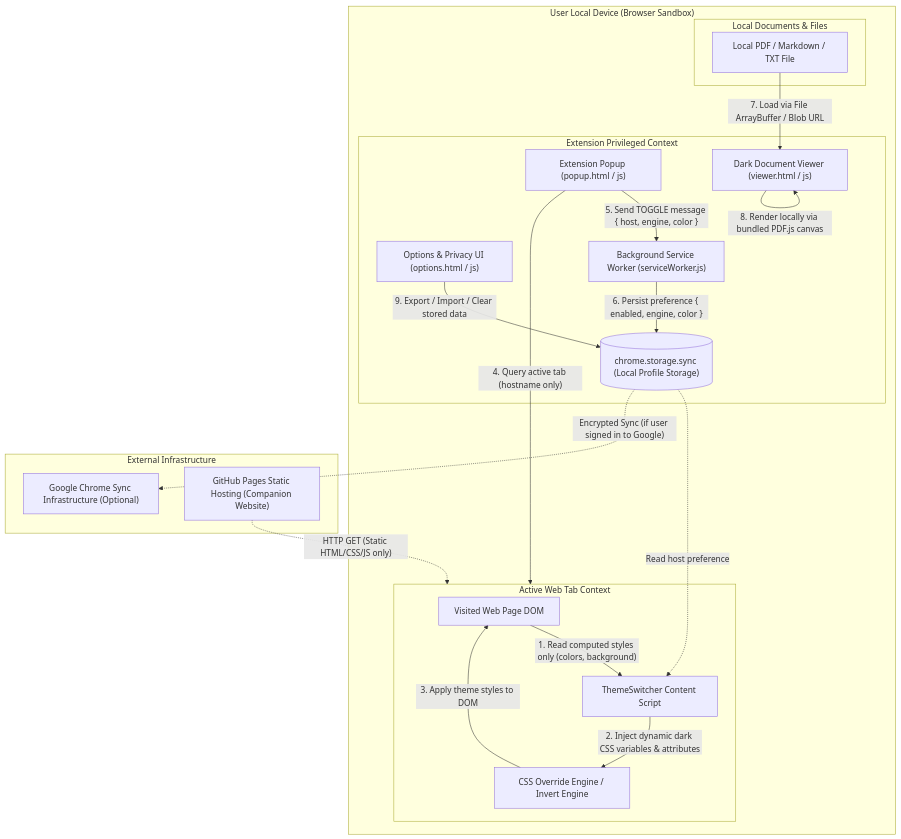
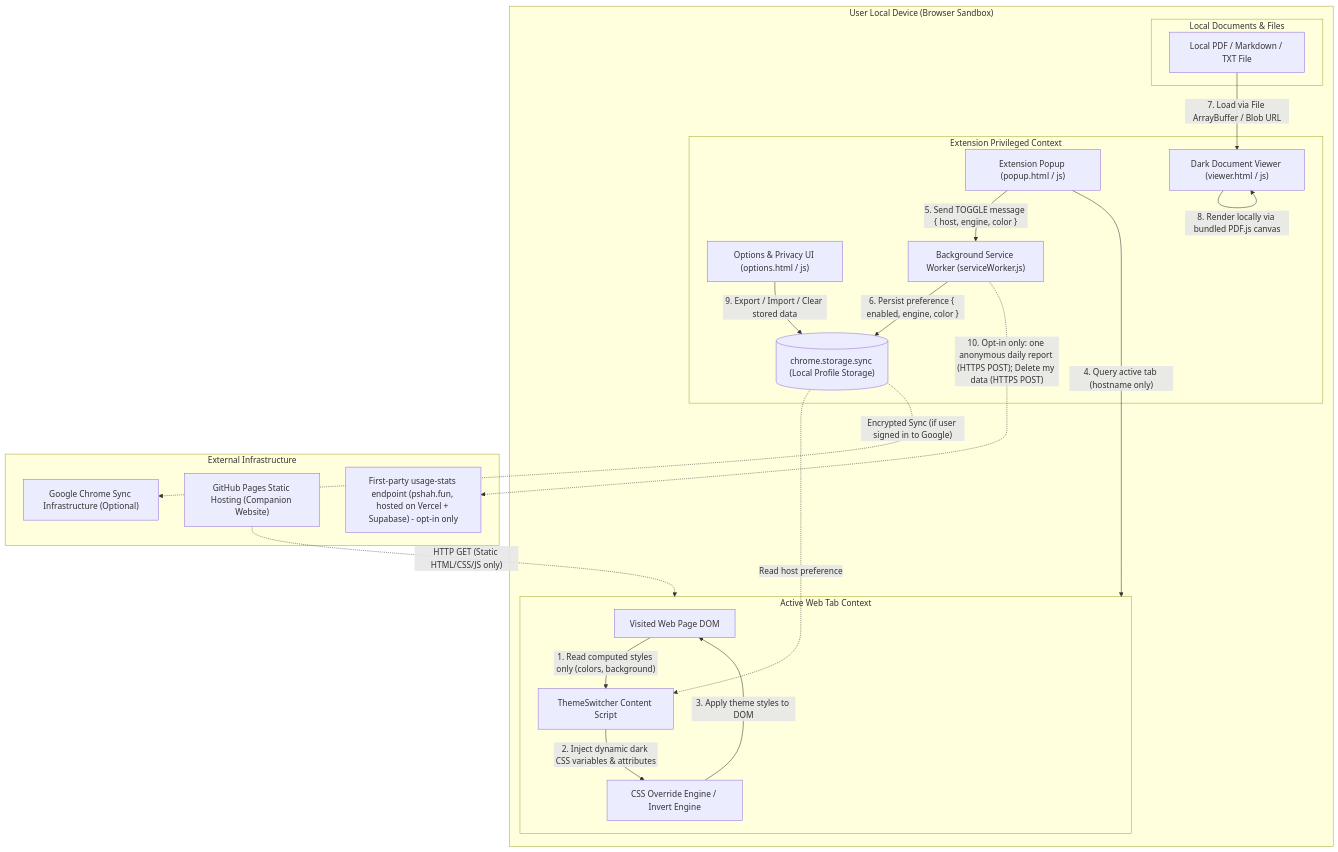
One commit to pshah-lab/force-dark-mode-extension changed the diagram in documentation/privacy/data-flow.md. Above: the diagram before and after it, drawn with Mermaid. The commit also changed other lines of this file and 14 other files, not shown here.

````diff
--- a/documentation/privacy/data-flow.md
+++ b/documentation/privacy/data-flow.md
@@ -9,49 +9,51 @@
 ```mermaid
 flowchart TD
     subgraph ClientDevice ["User Local Device (Browser Sandbox)"]
         subgraph ActiveWebTab ["Active Web Tab Context"]
             WebPage["Visited Web Page DOM"]
             ContentScript["ThemeSwitcher Content Script"]
             CSSEngine["CSS Override Engine / Invert Engine"]
         end
 
         subgraph ExtensionContext ["Extension Privileged Context"]
             PopupUI["Extension Popup (popup.html / js)"]
             OptionsUI["Options & Privacy UI (options.html / js)"]
             ViewerUI["Dark Document Viewer (viewer.html / js)"]
             SW["Background Service Worker (serviceWorker.js)"]
             SyncStorage[("chrome.storage.sync (Local Profile Storage)")]
         end
 
         subgraph LocalDocs ["Local Documents & Files"]
             PDFFile["Local PDF / Markdown / TXT File"]
         end
     end
 
     subgraph ExternalServices ["External Infrastructure"]
         GoogleSyncService["Google Chrome Sync Infrastructure (Optional)"]
         StaticCDN["GitHub Pages Static Hosting (Companion Website)"]
+        TelemetryAPI["First-party usage-stats endpoint (pshah.fun, hosted on Vercel + Supabase) - opt-in only"]
     end
 
     %% Content Script interactions
     WebPage -- "1. Read computed styles only (colors, background)" --> ContentScript
     ContentScript -- "2. Inject dynamic dark CSS variables & attributes" --> CSSEngine
     CSSEngine -- "3. Apply theme styles to DOM" --> WebPage
     SyncStorage -. "Read host preference" .-> ContentScript
 
     %% Popup interactions
     PopupUI -- "4. Query active tab (hostname only)" --> ActiveWebTab
     PopupUI -- "5. Send TOGGLE message { host, engine, color }" --> SW
     SW -- "6. Persist preference { enabled, engine, color }" --> SyncStorage
 
     %% Viewer interactions
     PDFFile -- "7. Load via File ArrayBuffer / Blob URL" --> ViewerUI
     ViewerUI -- "8. Render locally via bundled PDF.js canvas" --> ViewerUI
 
     %% Options interactions
     OptionsUI -- "9. Export / Import / Clear stored data" --> SyncStorage
 
     %% External boundaries
     SyncStorage -. "Encrypted Sync (if user signed in to Google)" .-> GoogleSyncService
     StaticCDN -. "HTTP GET (Static HTML/CSS/JS only)" .-> ActiveWebTab
+    SW -. "10. Opt-in only: one anonymous daily report (HTTPS POST); Delete my data (HTTPS POST)" .-> TelemetryAPI
 ```
````
